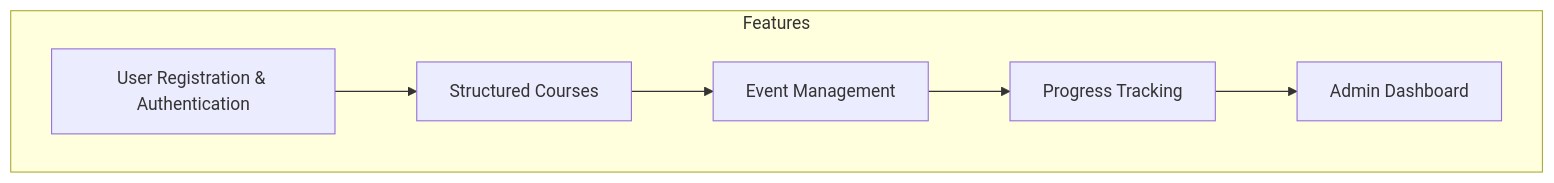
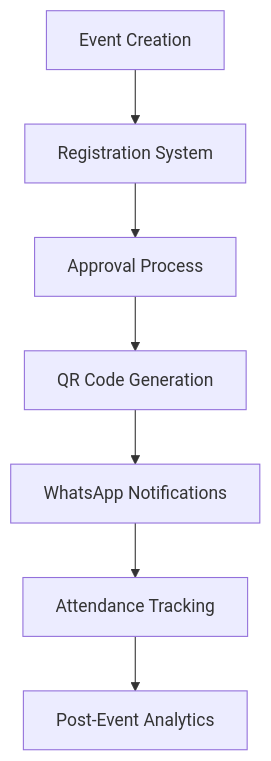
The fifth of 12 diagrams in backend/Sivoham_MVP_Presentation.md (srinath1824/Sivoham), drawn with Mermaid before and after one commit. The commit also changed other lines of this file and 22 other files, not shown here.

````diff
--- a/backend/Sivoham_MVP_Presentation.md
+++ b/backend/Sivoham_MVP_Presentation.md
@@ -32,11 +176,9 @@
 ```mermaid
 flowchart TD
-    subgraph Features
-      A1[User Registration & Authentication]
-      A2[Structured Courses]
-      A3[Event Management]
-      A4[Progress Tracking]
-      A5[Admin Dashboard]
-    end
-    A1 --> A2 --> A3 --> A4 --> A5
+    A[Event Creation] --> B[Registration System]
+    B --> C[Approval Process]
+    C --> D[QR Code Generation]
+    D --> E[WhatsApp Notifications]
+    E --> F[Attendance Tracking]
+    F --> G[Post-Event Analytics]
 ```
````
